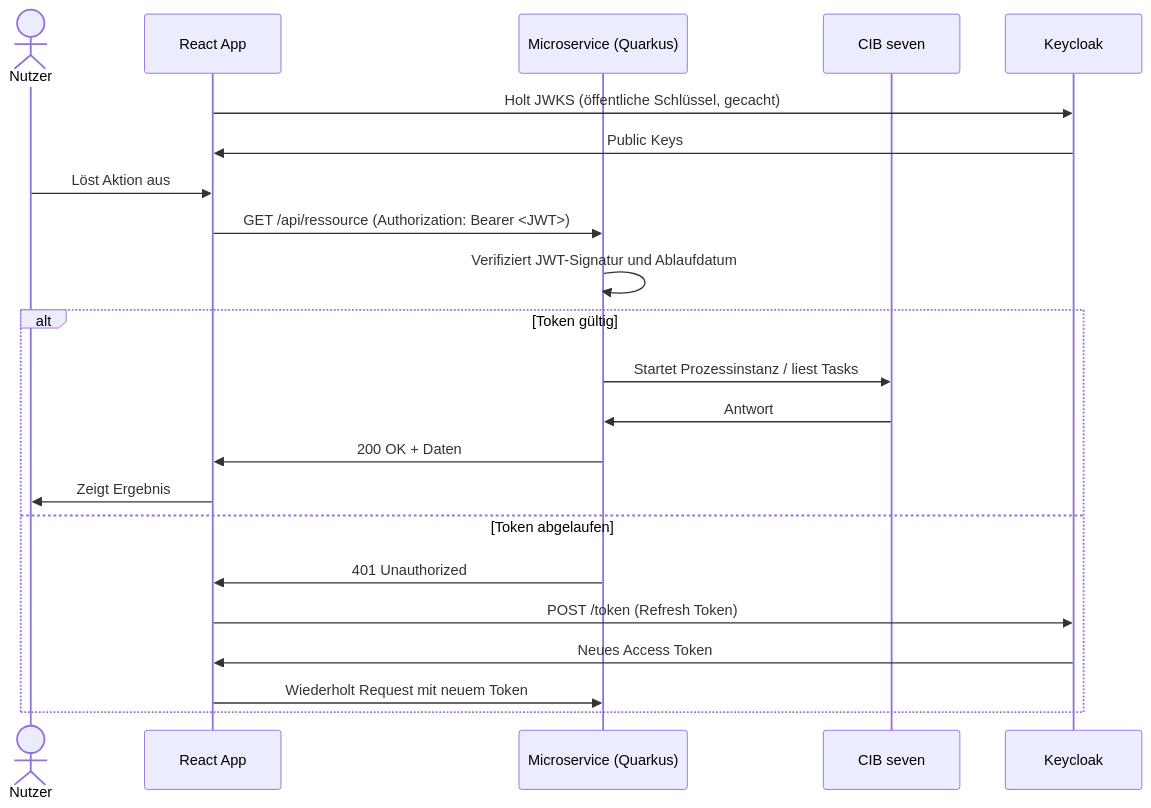
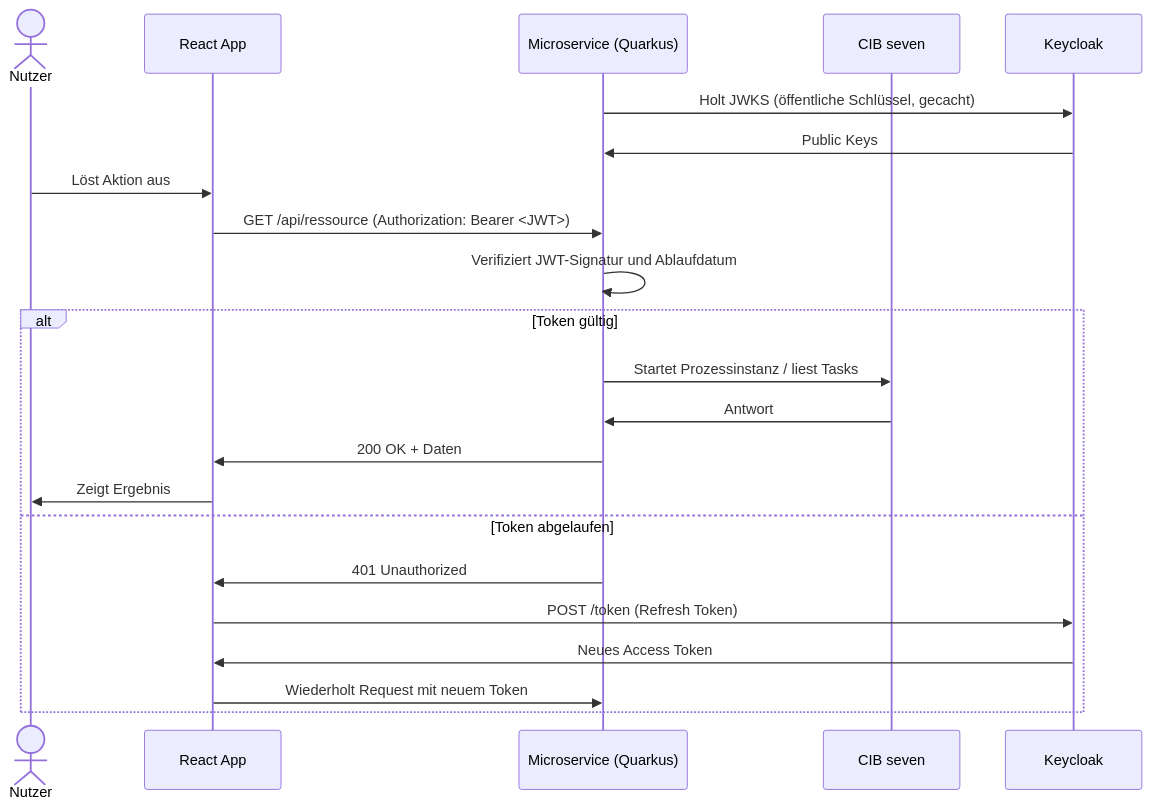
Before and after one commit to d135-1r43/winfprojekt: the second of 3 diagrams in docs/technik/oauth2-oidc.md, drawn with Mermaid. The commit also changed 1 other file, not shown here.

Commit message:
docs: Architektur mit Bausteinen und Durchlauf motivieren
architektur.md erklärt, welche Anforderung jeden Baustein begründet,
und zeigt einen kompletten Urlaubsantrag als Sequenzdiagramm. Im
OIDC-Diagramm holt jetzt der Microservice die JWKS-Schlüssel, nicht
die React-App.

````diff
--- a/docs/technik/oauth2-oidc.md
+++ b/docs/technik/oauth2-oidc.md
@@ -52,26 +52,26 @@
 ```mermaid
 sequenceDiagram
     actor Nutzer
     participant React as React App
     participant MS as Microservice (Quarkus)
     participant CIB as CIB seven
     participant Keycloak
 
-    React->>Keycloak: Holt JWKS (öffentliche Schlüssel, gecacht)
-    Keycloak->>React: Public Keys
+    MS->>Keycloak: Holt JWKS (öffentliche Schlüssel, gecacht)
+    Keycloak->>MS: Public Keys
 
     Nutzer->>React: Löst Aktion aus
     React->>MS: GET /api/ressource (Authorization: Bearer <JWT>)
     MS->>MS: Verifiziert JWT-Signatur und Ablaufdatum
     alt Token gültig
         MS->>CIB: Startet Prozessinstanz / liest Tasks
         CIB->>MS: Antwort
         MS->>React: 200 OK + Daten
         React->>Nutzer: Zeigt Ergebnis
     else Token abgelaufen
         MS->>React: 401 Unauthorized
         React->>Keycloak: POST /token (Refresh Token)
         Keycloak->>React: Neues Access Token
         React->>MS: Wiederholt Request mit neuem Token
     end
 ```
````
